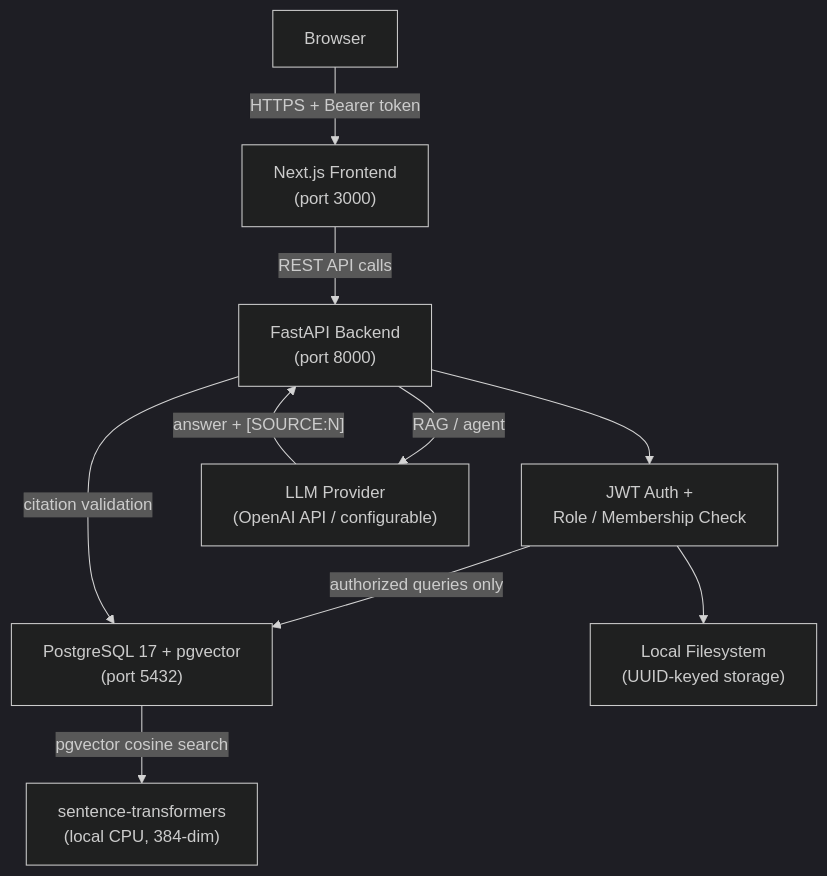
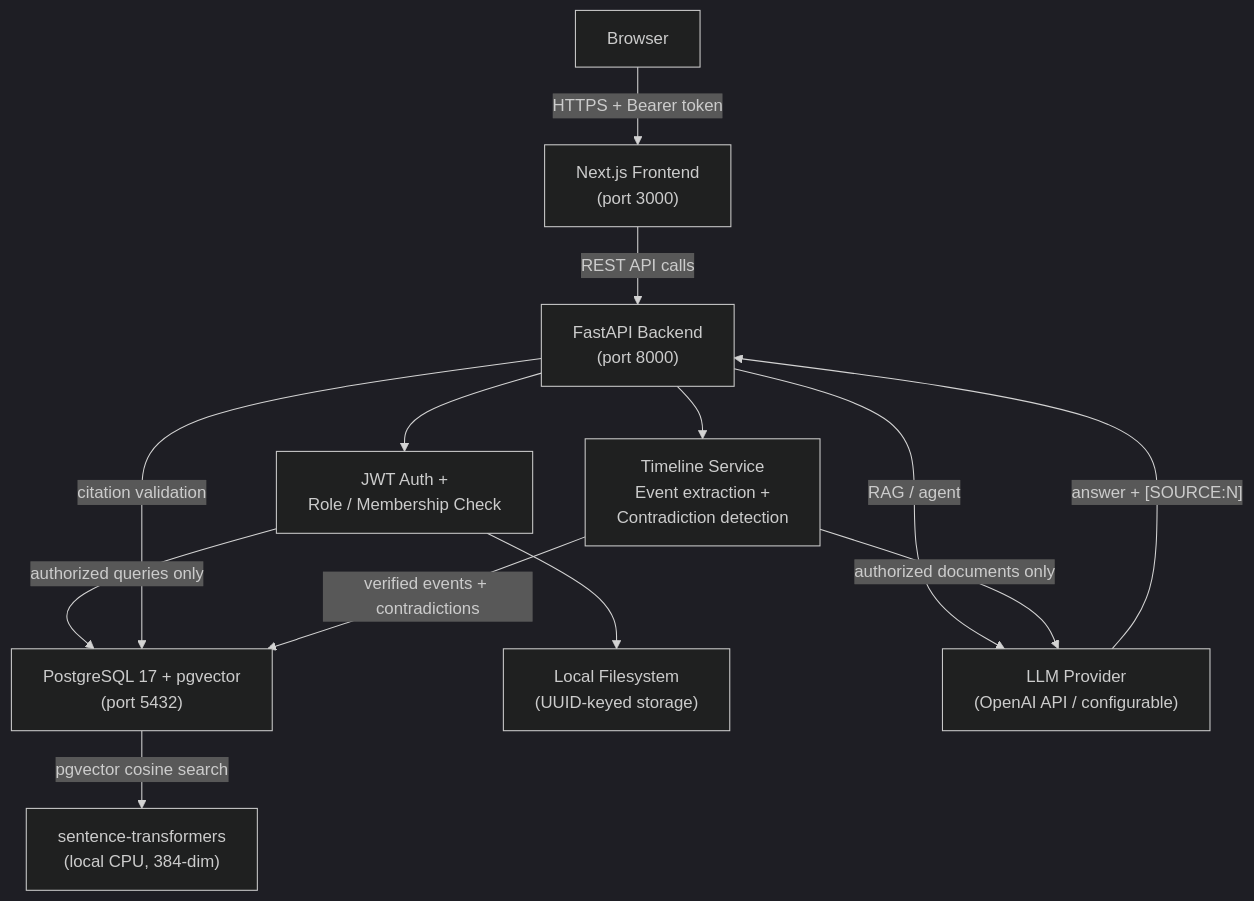
The diagram in README.md (BhavethraBaabu/CaseVault), drawn with Mermaid (dark theme) before and after one commit. The commit also changed other lines of this file and 7 other files, not shown here.

````diff
--- a/README.md
+++ b/README.md
@@ -19,21 +20,25 @@
 ```mermaid
 flowchart TD
     Browser["Browser"]
     FE["Next.js Frontend\n(port 3000)"]
     BE["FastAPI Backend\n(port 8000)"]
     Auth["JWT Auth +\nRole / Membership Check"]
     DB["PostgreSQL 17 + pgvector\n(port 5432)"]
     FS["Local Filesystem\n(UUID-keyed storage)"]
     Embed["sentence-transformers\n(local CPU, 384-dim)"]
     LLM["LLM Provider\n(OpenAI API / configurable)"]
+    Timeline["Timeline Service\nEvent extraction +\nContradiction detection"]
 
     Browser -->|"HTTPS + Bearer token"| FE
     FE -->|"REST API calls"| BE
     BE --> Auth
     Auth -->|"authorized queries only"| DB
     Auth --> FS
     DB -->|"pgvector cosine search"| Embed
     BE -->|"RAG / agent"| LLM
     LLM -->|"answer + [SOURCE:N]"| BE
     BE -->|"citation validation"| DB
+    BE --> Timeline
+    Timeline -->|"authorized documents only"| LLM
+    Timeline -->|"verified events + contradictions"| DB
 ```
````
